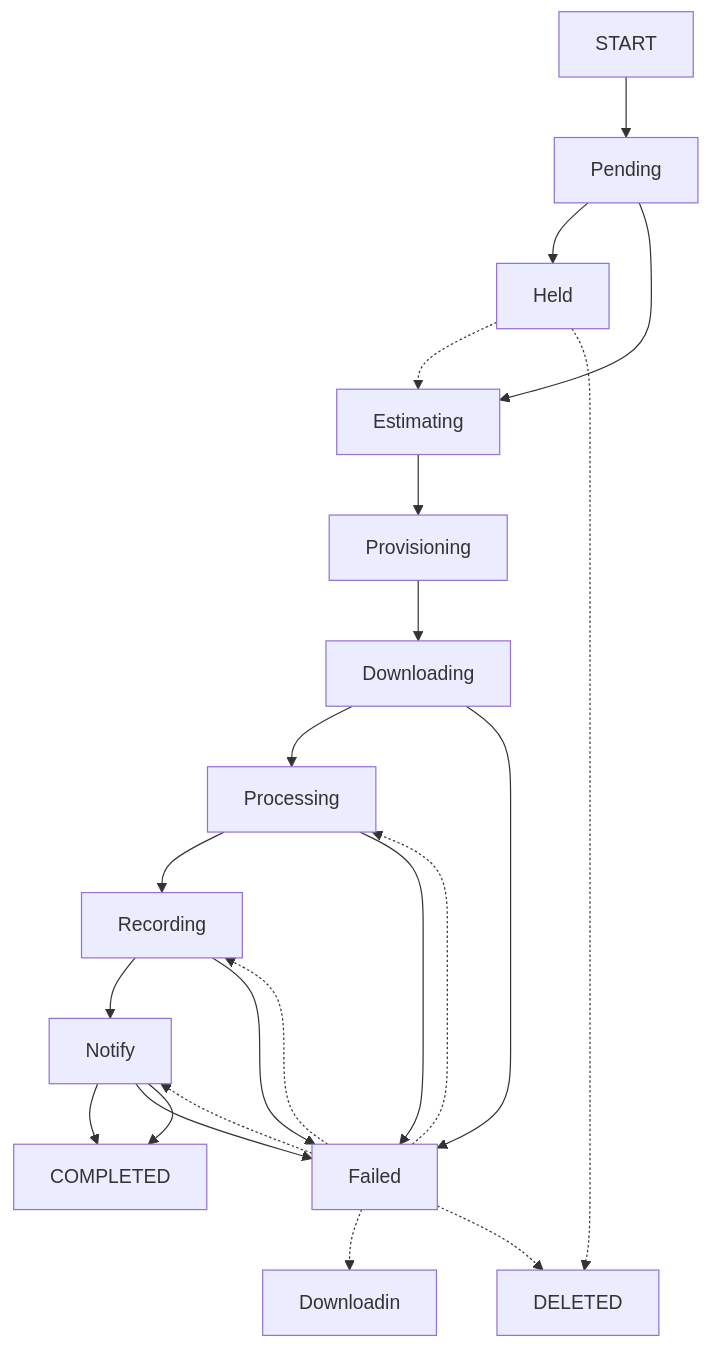
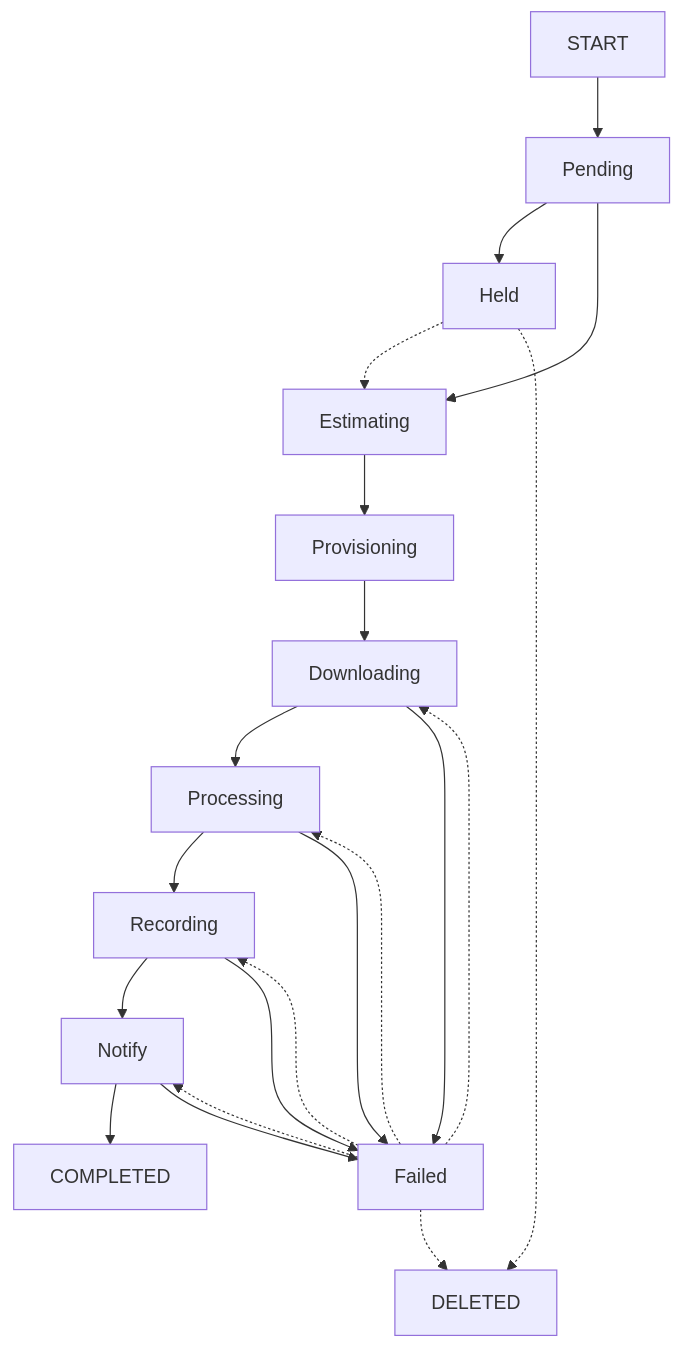
One commit to CDLUC3/mrt-doc changed the third of 3 diagrams in design/queue-2023/states.md. Above: the diagram before and after it, drawn with Mermaid.

````diff
--- a/design/queue-2023/states.md
+++ b/design/queue-2023/states.md
@@ -132,24 +132,23 @@
 ```mermaid
 graph TD
   START --> Pending
   Pending --> Held
   Pending --> Estimating
   Held -.-> Estimating
   Estimating --> Provisioning
   Provisioning --> Downloading
   Downloading --> Processing
   Downloading --> Failed
-  Failed -.-> Downloadin
+  Failed -.-> Downloading
   Processing --> Recording
   Processing --> Failed
   Failed -.-> Processing
   Recording --> Notify
   Recording --> Failed
   Failed -.-> Recording
   Notify --> COMPLETED
   Notify --> Failed
   Failed -.-> Notify
-  Notify --> COMPLETED
   Failed -.-> DELETED
   Held -.-> DELETED
 ```
````
